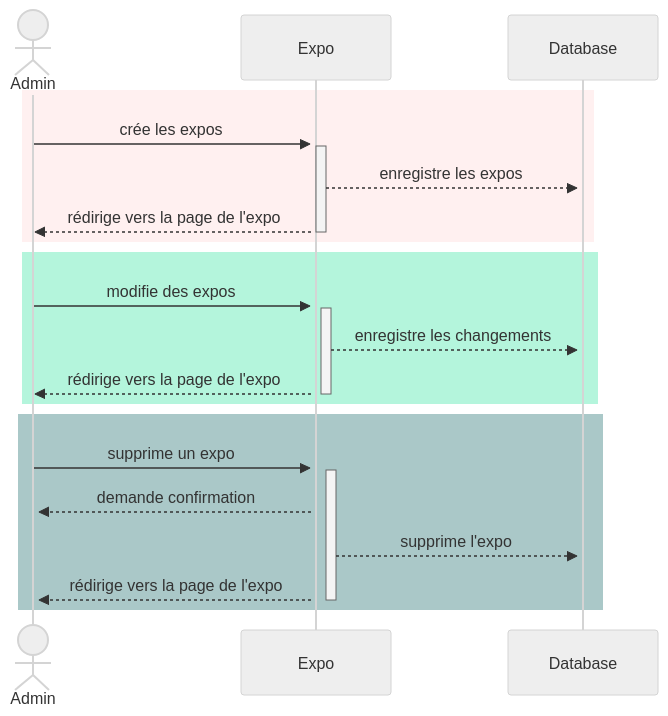
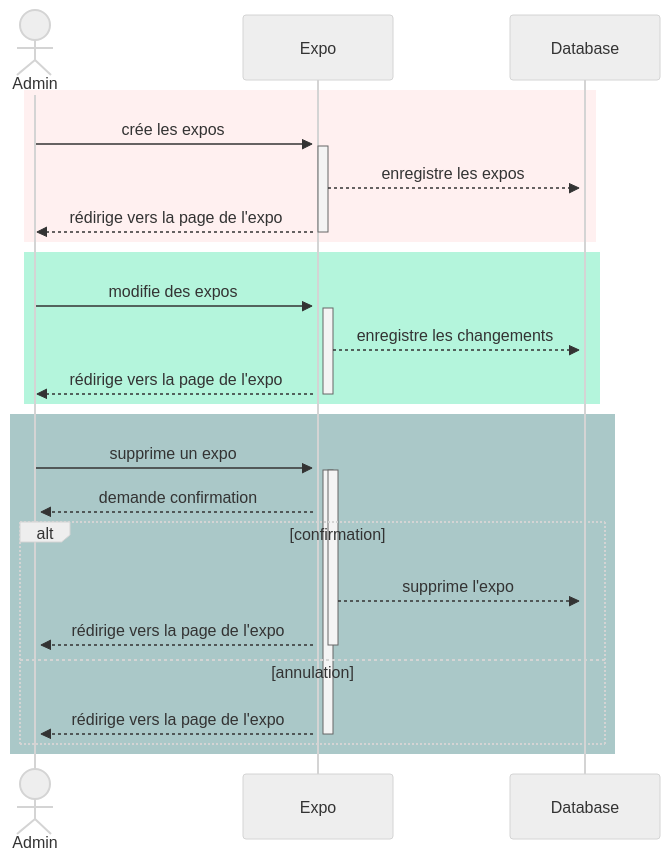
One commit to ThanhJL/road-to-uml changed the second of 2 diagrams in sequences.md. Above: the diagram before and after it, drawn with Mermaid (neutral theme).

Commit message:
Ajout de la gestion de la confirmation pour la suppression d'une exposition dans le diagramme de séquences.

````diff
--- a/sequences.md
+++ b/sequences.md
@@ -46,30 +46,33 @@
 ```mermaid
 
 sequenceDiagram
     actor Admin
     participant Expo
     participant Database
 
     rect rgb(255,240,240)
         Admin->>+Expo: crée les expos 
         activate Expo
         Expo-->>+Database: enregistre les expos
         Expo-->>-Admin: rédirige vers la page de l'expo
     end  
 
     rect rgb(180,245,220)
         Admin->>+Expo: modifie des expos 
         activate Expo
         Expo-->>+Database: enregistre les changements
         Expo-->>-Admin: rédirige vers la page de l'expo
     end  
 
     rect rgb(170,200,200)
         Admin->>+Expo: supprime un expo
         activate Expo
         Expo-->>+Admin: demande confirmation
-
-        Expo-->>+Database: supprime l'expo
-        Expo-->>-Admin: rédirige vers la page de l'expo
+        alt confirmation
+            Expo-->>+Database: supprime l'expo
+            Expo-->>-Admin: rédirige vers la page de l'expo
+        else annulation
+            Expo-->>-Admin: rédirige vers la page de l'expo
+        end
     end 
 ```
````
